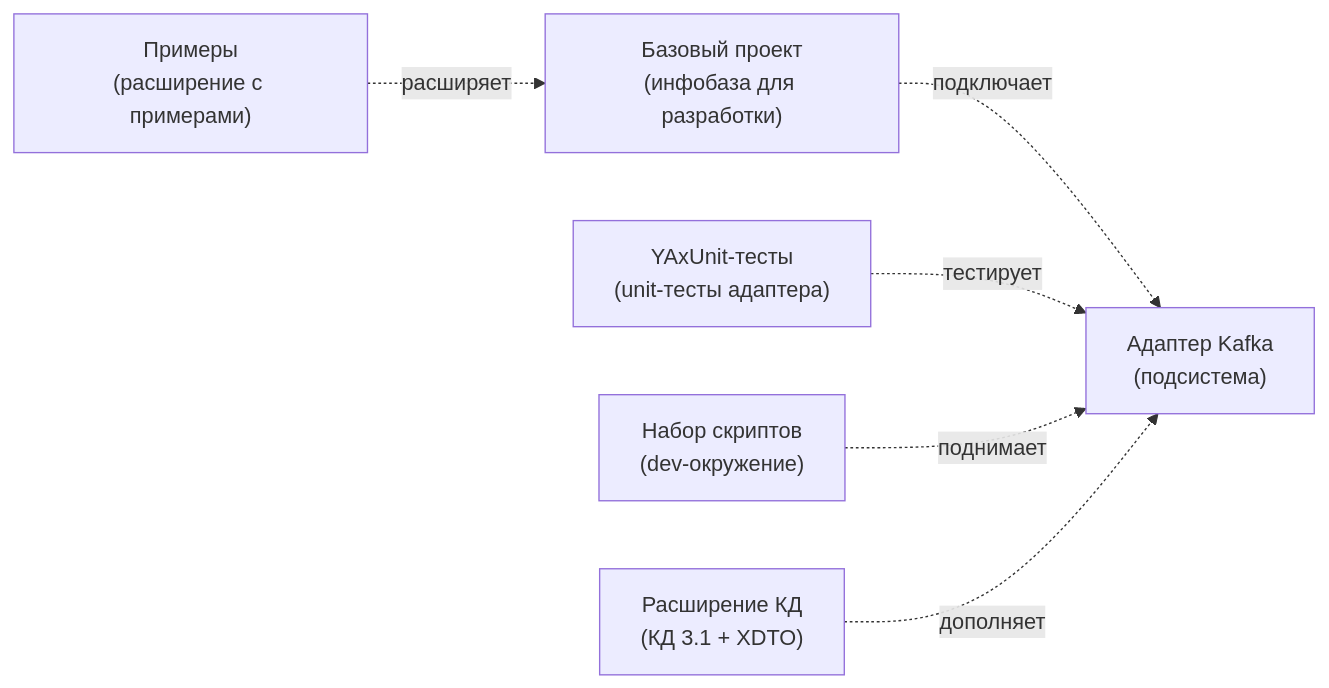
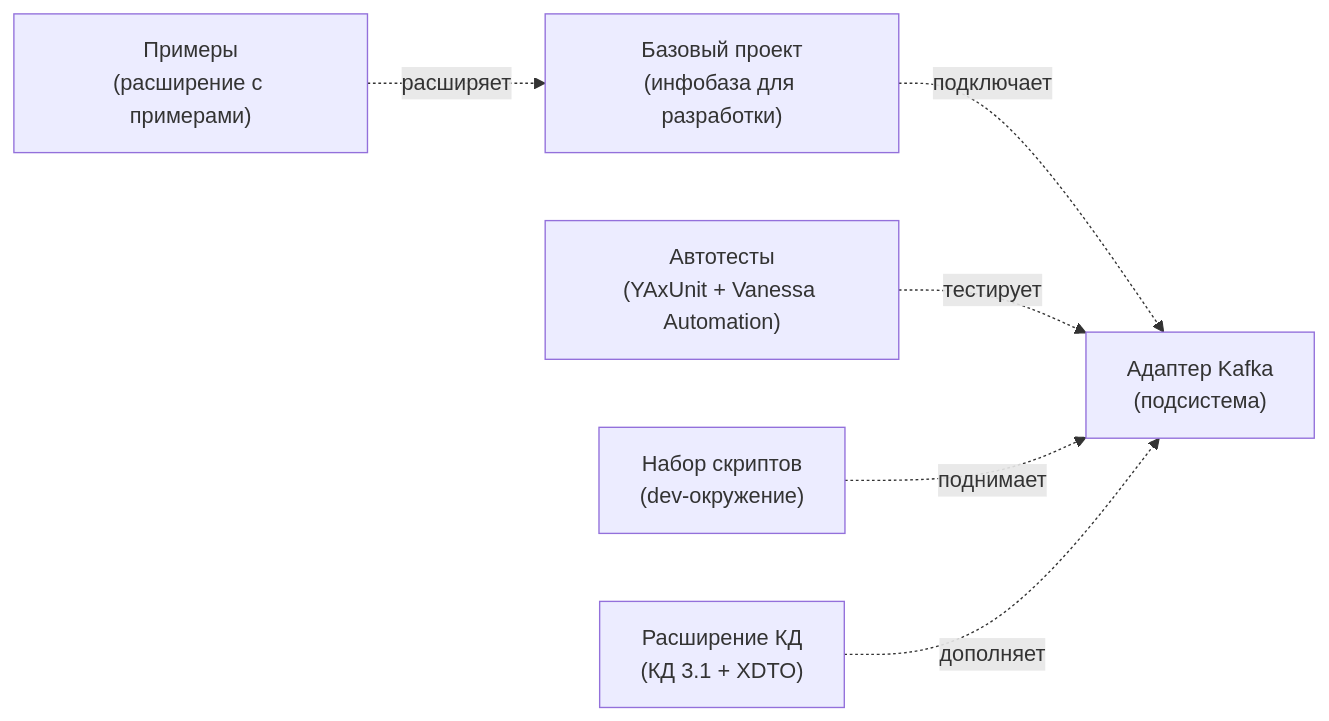
One commit to ShadobaAI/kafka-adapter changed the diagram in docs/project/repositories.md. Above: the diagram before and after it, drawn with Mermaid. The commit also changed other lines of this file, not shown here.

Commit message:
add link kafka-adapter-tests

````diff
--- a/docs/project/repositories.md
+++ b/docs/project/repositories.md
@@ -16,15 +16,15 @@
 ```mermaid
 flowchart LR
     ADAPTER["Адаптер Kafka<br/>(подсистема)"]
     BASE["Базовый проект<br/>(инфобаза для разработки)"]
     examples["Примеры<br/>(расширение с примерами)"]
-    YAXUNIT["YAxUnit-тесты<br/>(unit-тесты адаптера)"]
+    TESTS["Автотесты<br/>(YAxUnit + Vanessa Automation)"]
     TOOLS["Набор скриптов<br/>(dev-окружение)"]
     CONV["Расширение КД<br/>(КД 3.1 + XDTO)"]
 
     BASE -.подключает.-> ADAPTER
     examples -.расширяет.-> BASE
-    YAXUNIT -.тестирует.-> ADAPTER
+    TESTS -.тестирует.-> ADAPTER
     TOOLS -.поднимает.-> ADAPTER
     CONV -.дополняет.-> ADAPTER
 ```
````
